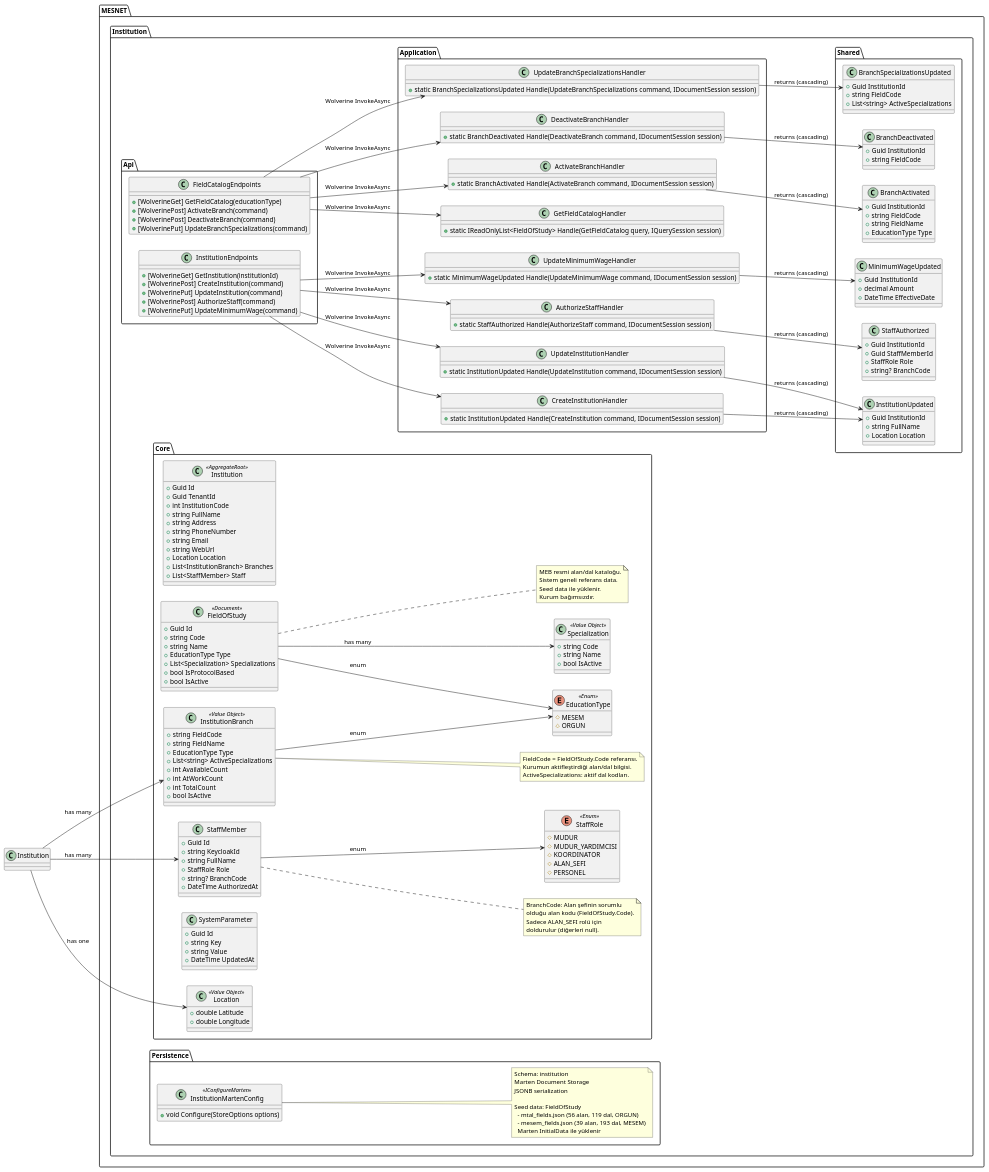
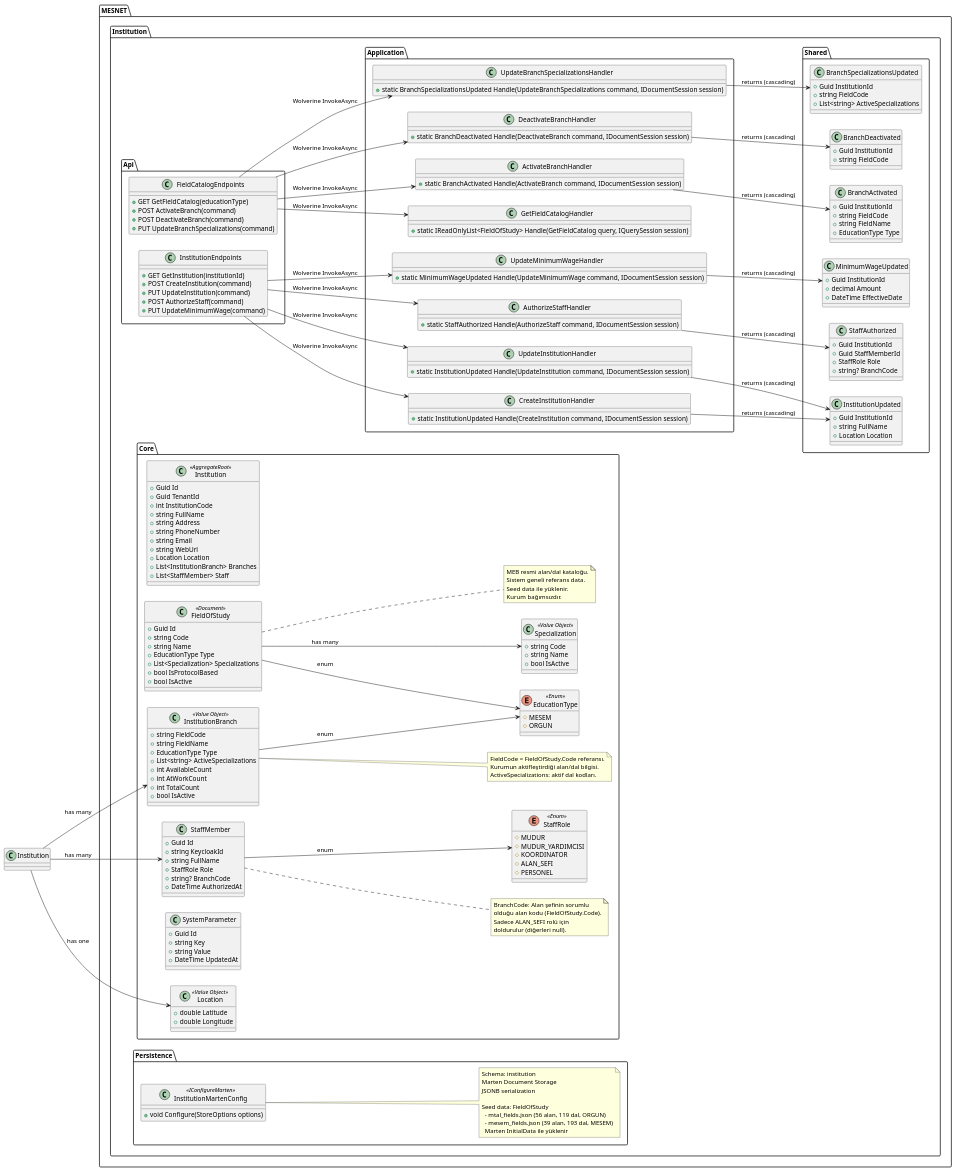
The diagram in src/Docs/static/diagrams/modules/Institution/ClassDiagram.puml (Ataturk-MTAL/MESNET), drawn with PlantUML before and after one commit. The commit also changed 24 other files, not shown here.

```diff
--- a/src/Docs/static/diagrams/modules/Institution/ClassDiagram.puml
+++ b/src/Docs/static/diagrams/modules/Institution/ClassDiagram.puml
@@ -3,18 +3,18 @@
 
 package "MESNET.Institution.Api" {
     class InstitutionEndpoints {
-        +[WolverineGet] GetInstitution(institutionId)
-        +[WolverinePost] CreateInstitution(command)
-        +[WolverinePut] UpdateInstitution(command)
-        +[WolverinePost] AuthorizeStaff(command)
-        +[WolverinePut] UpdateMinimumWage(command)
+        +GET GetInstitution(institutionId)
+        +POST CreateInstitution(command)
+        +PUT UpdateInstitution(command)
+        +POST AuthorizeStaff(command)
+        +PUT UpdateMinimumWage(command)
     }
 
     class FieldCatalogEndpoints {
-        +[WolverineGet] GetFieldCatalog(educationType)
-        +[WolverinePost] ActivateBranch(command)
-        +[WolverinePost] DeactivateBranch(command)
-        +[WolverinePut] UpdateBranchSpecializations(command)
+        +GET GetFieldCatalog(educationType)
+        +POST ActivateBranch(command)
+        +POST DeactivateBranch(command)
+        +PUT UpdateBranchSpecializations(command)
     }
 }
 
```
